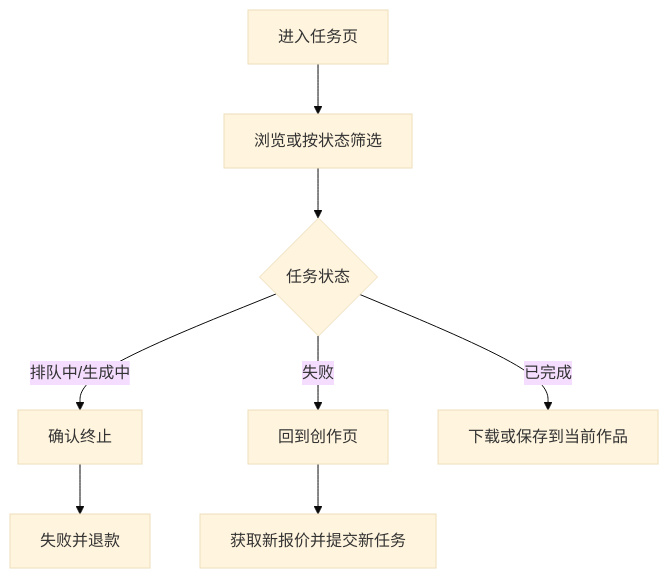
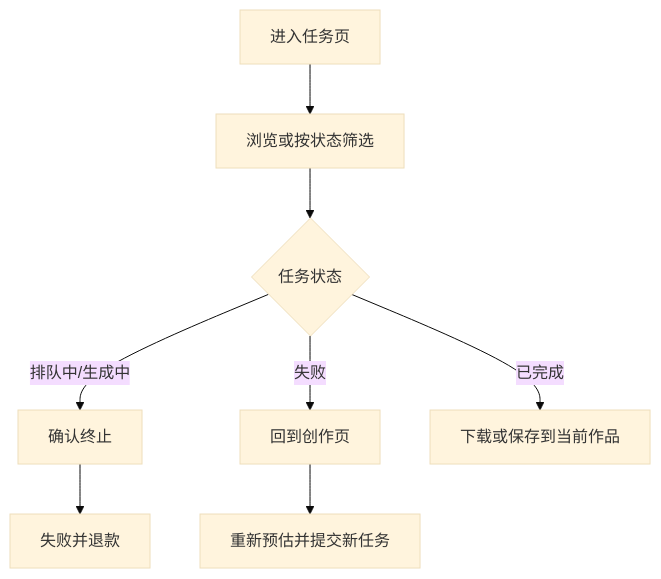
Before and after one commit to fjl-gj/sub2video: the diagram in docs/flows/client-works.md, drawn with Mermaid (base theme). The commit also changed other lines of this file and 66 other files, not shown here.

````diff
--- a/docs/flows/client-works.md
+++ b/docs/flows/client-works.md
@@ -35,10 +35,10 @@
 ```mermaid
 flowchart TD
   A[进入任务页] --> B[浏览或按状态筛选]
   B --> C{任务状态}
   C -->|排队中/生成中| D[确认终止]
   D --> E[失败并退款]
   C -->|失败| F[回到创作页]
-  F --> G[获取新报价并提交新任务]
+  F --> G[重新预估并提交新任务]
   C -->|已完成| H[下载或保存到当前作品]
 ```
````
